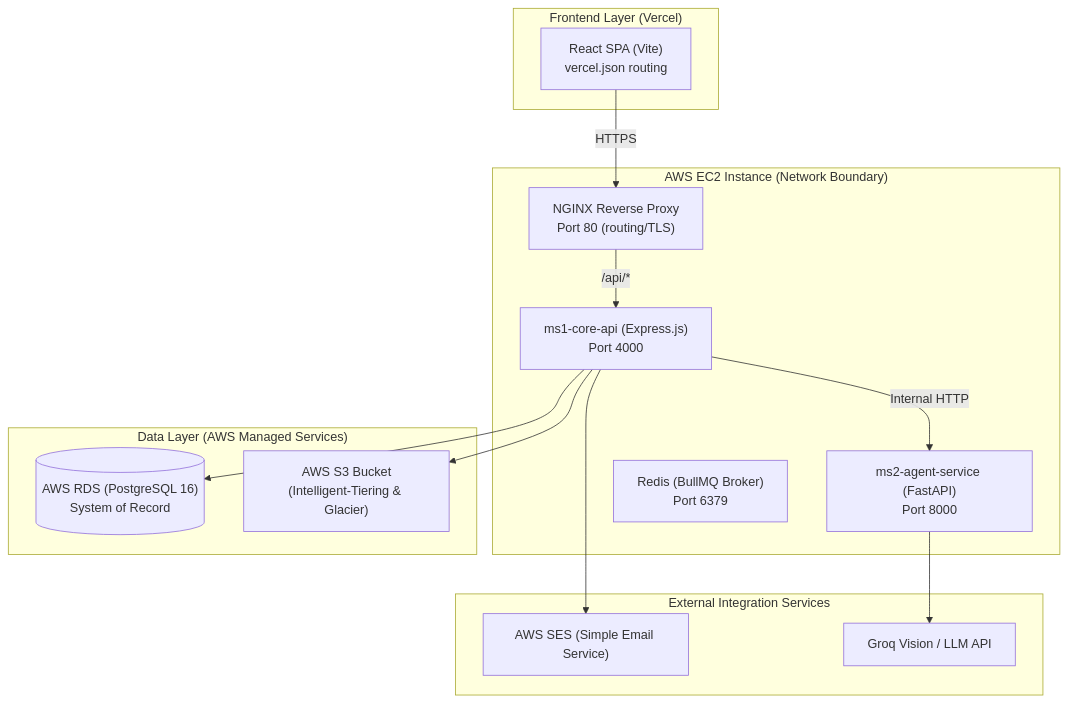
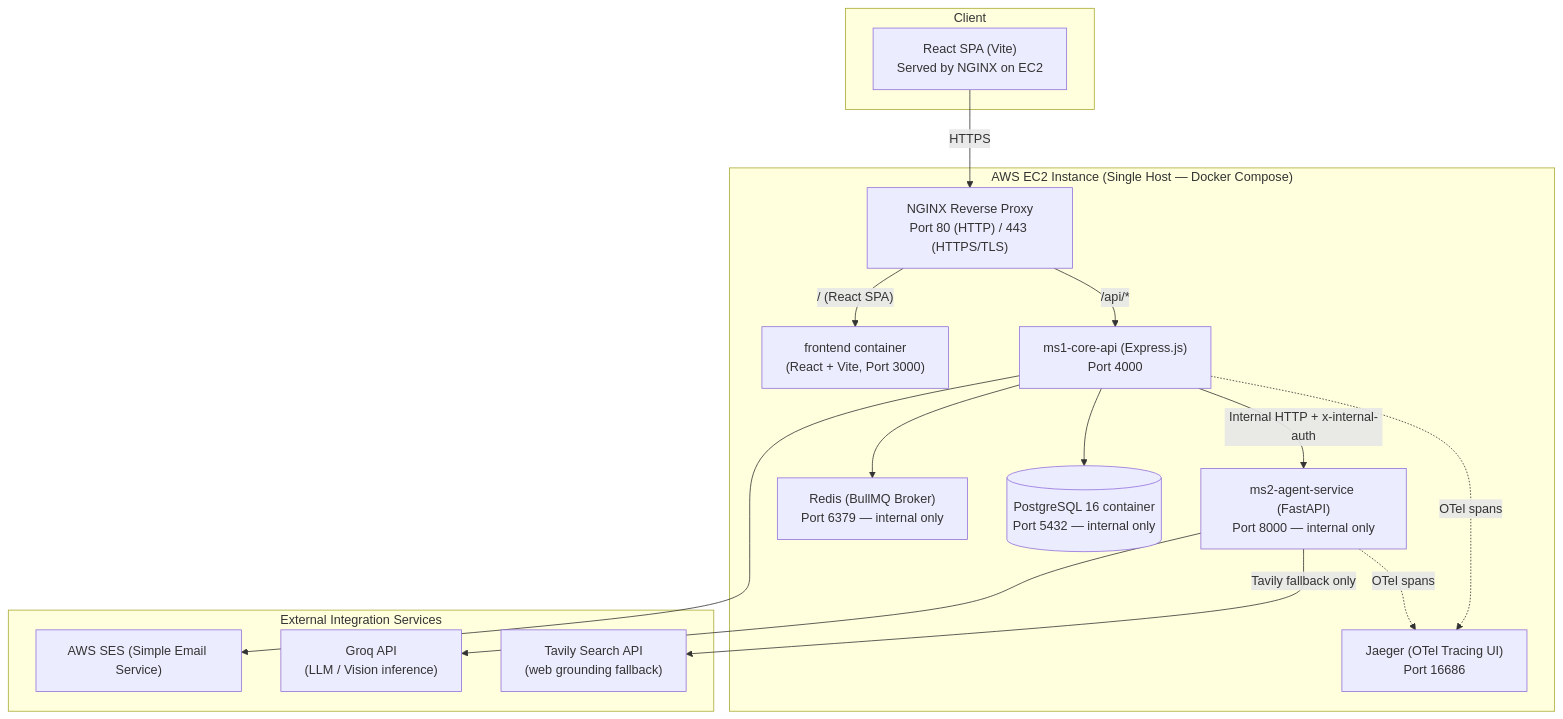
One commit to Sarveshero3/MedGuard changed the diagram in docs/architecture.md. Above: the diagram before and after it, drawn with Mermaid. The commit also changed other lines of this file and 8 other files, not shown here.

````diff
--- a/docs/architecture.md
+++ b/docs/architecture.md
@@ -9,31 +9,34 @@
 ```mermaid
 graph TB
-    subgraph "Frontend Layer (Vercel)"
-        Browser["React SPA (Vite)<br/>vercel.json routing"]
+    subgraph "Client"
+        Browser["React SPA (Vite)\nServed by NGINX on EC2"]
     end
 
-    subgraph "AWS EC2 Instance (Network Boundary)"
-        NGINX["NGINX Reverse Proxy<br/>Port 80 (routing/TLS)"]
-        MS1["ms1-core-api (Express.js)<br/>Port 4000"]
-        MS2["ms2-agent-service (FastAPI)<br/>Port 8000"]
-        Redis["Redis (BullMQ Broker)<br/>Port 6379"]
-    end
-
-    subgraph "Data Layer (AWS Managed Services)"
-        RDS[("AWS RDS (PostgreSQL 16)<br/>System of Record")]
-        S3["AWS S3 Bucket<br/>(Intelligent-Tiering & Glacier)"]
+    subgraph "AWS EC2 Instance (Single Host — Docker Compose)"
+        NGINX["NGINX Reverse Proxy\nPort 80 (HTTP) / 443 (HTTPS/TLS)"]
+        Frontend["frontend container\n(React + Vite, Port 3000)"]
+        MS1["ms1-core-api (Express.js)\nPort 4000"]
+        MS2["ms2-agent-service (FastAPI)\nPort 8000 — internal only"]
+        Redis["Redis (BullMQ Broker)\nPort 6379 — internal only"]
+        Postgres[("PostgreSQL 16 container\nPort 5432 — internal only")]
+        Jaeger["Jaeger (OTel Tracing UI)\nPort 16686"]
     end
 
     subgraph "External Integration Services"
         SES["AWS SES (Simple Email Service)"]
-        Groq["Groq Vision / LLM API"]
+        Groq["Groq API\n(LLM / Vision inference)"]
+        Tavily["Tavily Search API\n(web grounding fallback)"]
     end
 
     Browser -->|"HTTPS"| NGINX
+    NGINX -->|"/ (React SPA)"| Frontend
     NGINX -->|"/api/*"| MS1
-    MS1 -->|"Internal HTTP"| MS2
-    MS1 --> RDS
-    MS1 --> S3
+    MS1 -->|"Internal HTTP + x-internal-auth"| MS2
+    MS1 --> Postgres
+    MS1 --> Redis
     MS1 --> SES
     MS2 --> Groq
+    MS2 -->|"Tavily fallback only"| Tavily
+    MS1 -.->|"OTel spans"| Jaeger
+    MS2 -.->|"OTel spans"| Jaeger
 ```
````
